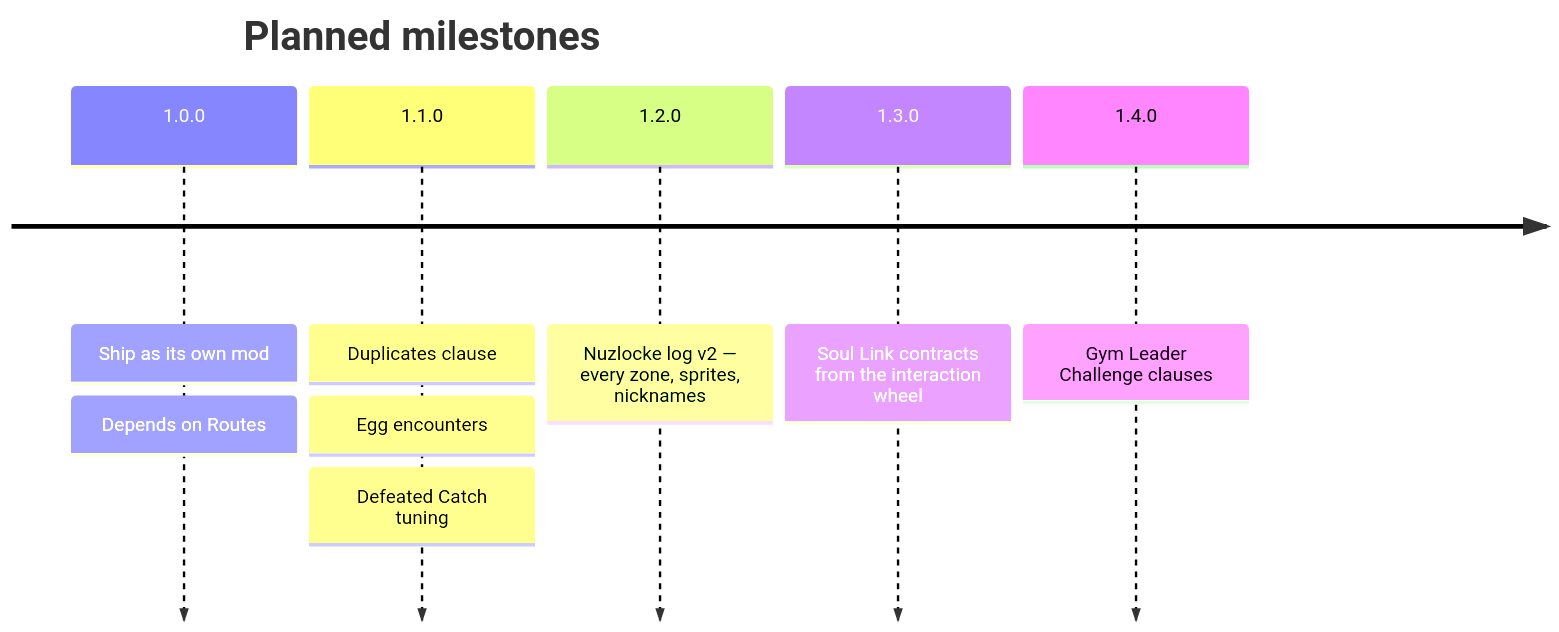
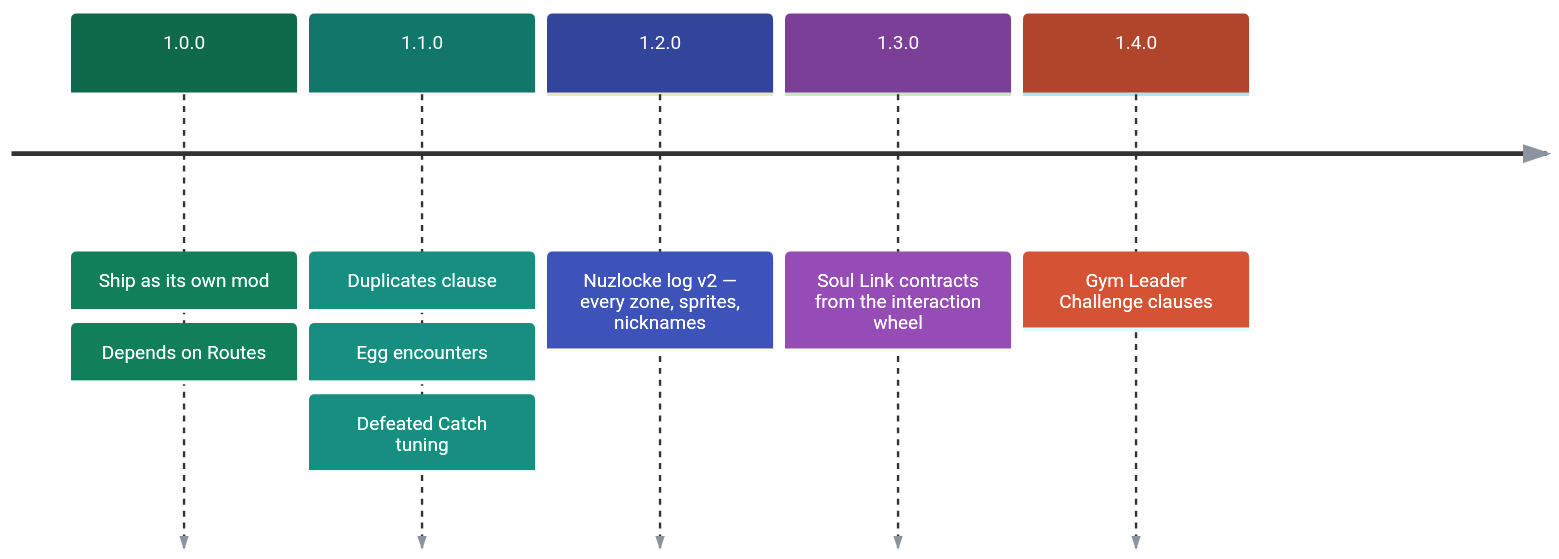
The diagram in docs/nuzlocke/roadmap.md (manucruzleiva/mod-wiki), drawn with Mermaid before and after one commit. The commit also changed other lines of this file and 17 other files, not shown here.

````diff
--- a/docs/nuzlocke/roadmap.md
+++ b/docs/nuzlocke/roadmap.md
@@ -6,9 +8,9 @@
 ```mermaid
+%%{init:{"theme":"base","themeVariables":{"cScale0":"#0e6a4b","cScaleLabel0":"#ffffff","cScale1":"#12776b","cScaleLabel1":"#ffffff","cScale2":"#33459b","cScaleLabel2":"#ffffff","cScale3":"#7c3f97","cScaleLabel3":"#ffffff","cScale4":"#b1452c","cScaleLabel4":"#ffffff","cScale5":"#96600d","cScaleLabel5":"#ffffff","lineColor":"#8b949e","textColor":"#8b949e"}}}%%
 timeline
-    title Planned milestones
     1.0.0 : Ship as its own mod : Depends on Routes
     1.1.0 : Duplicates clause : Egg encounters : Defeated Catch tuning
     1.2.0 : Nuzlocke log v2 — every zone, sprites, nicknames
     1.3.0 : Soul Link contracts from the interaction wheel
     1.4.0 : Gym Leader Challenge clauses
 ```
````
